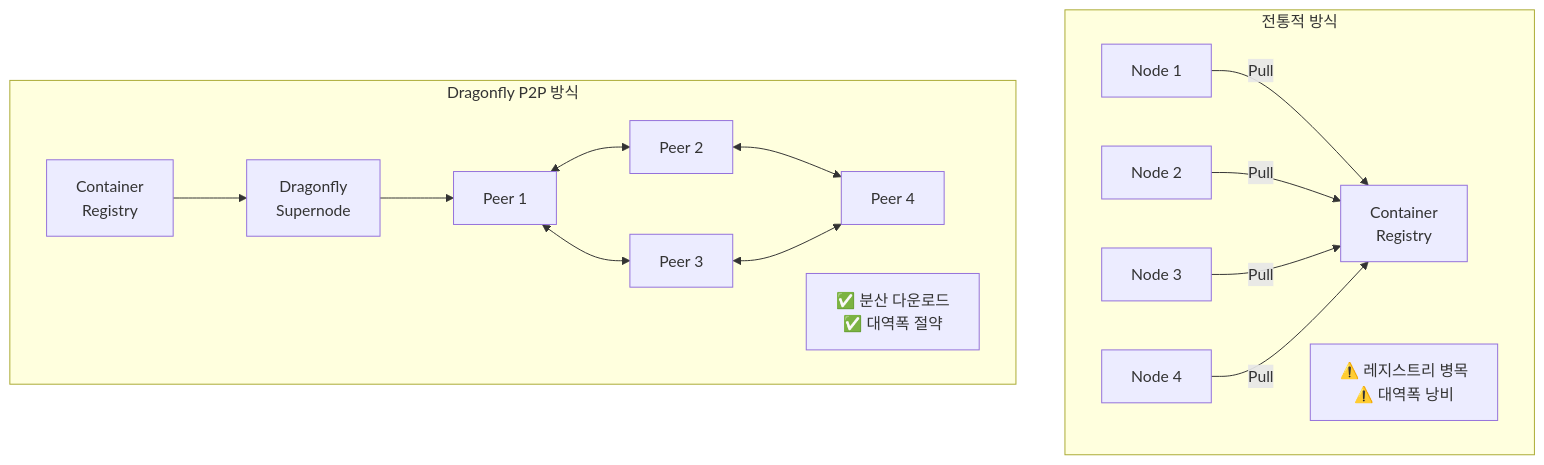
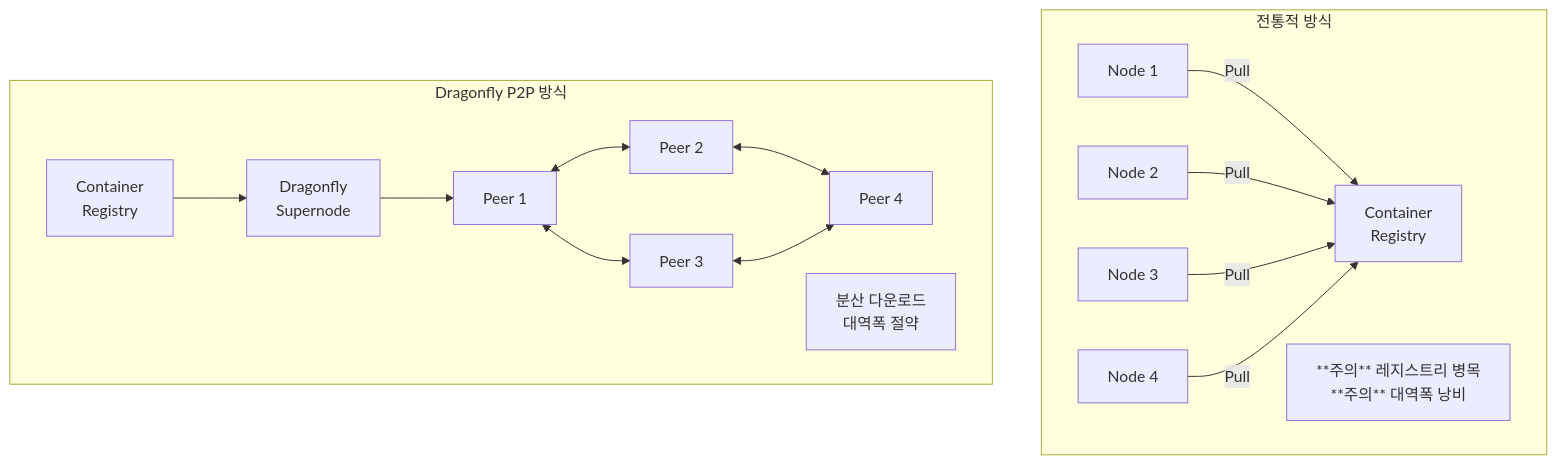
Before and after one commit to juwon8891/juwon8891.github.io: diagram 41 of 41 in docs/cicd/week1-image-build.md, drawn with Mermaid. The commit also changed other lines of this file and 25 other files, not shown here.

````diff
--- a/docs/cicd/week1-image-build.md
+++ b/docs/cicd/week1-image-build.md
@@ -3276,30 +3271,31 @@
 ```mermaid
 graph TB
     subgraph "전통적 방식"
         REGISTRY1[Container<br/>Registry]
 
         NODE1[Node 1] -->|Pull| REGISTRY1
         NODE2[Node 2] -->|Pull| REGISTRY1
         NODE3[Node 3] -->|Pull| REGISTRY1
         NODE4[Node 4] -->|Pull| REGISTRY1
 
-        NOTE1[⚠️ 레지스트리 병목<br/>⚠️ 대역폭 낭비]
+        NOTE1[**주의** 레지스트리 병목<br/>**주의** 대역폭 낭비]
 
     end
 
     subgraph "Dragonfly P2P 방식"
         REGISTRY2[Container<br/>Registry]
         SUPERNODE[Dragonfly<br/>Supernode]
 
         REGISTRY2 --> SUPERNODE
         SUPERNODE --> PEER1[Peer 1]
 
         PEER1 <--> PEER2[Peer 2]
         PEER1 <--> PEER3[Peer 3]
         PEER2 <--> PEER4[Peer 4]
         PEER3 <--> PEER4
 
-        NOTE2[✅ 분산 다운로드<br/>✅ 대역폭 절약]
+        NOTE2[분산 다운로드<br/>대역폭 절약]
 
     end
+
 ```
````
